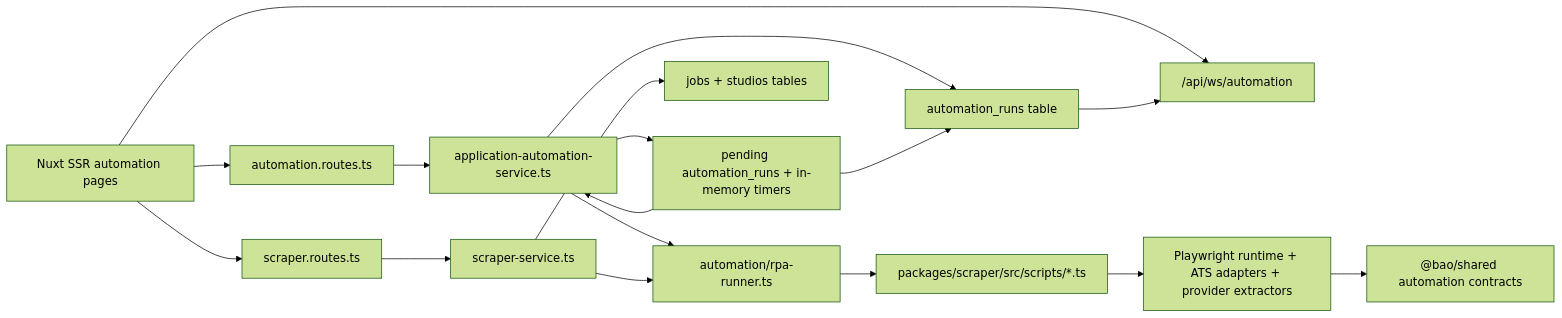
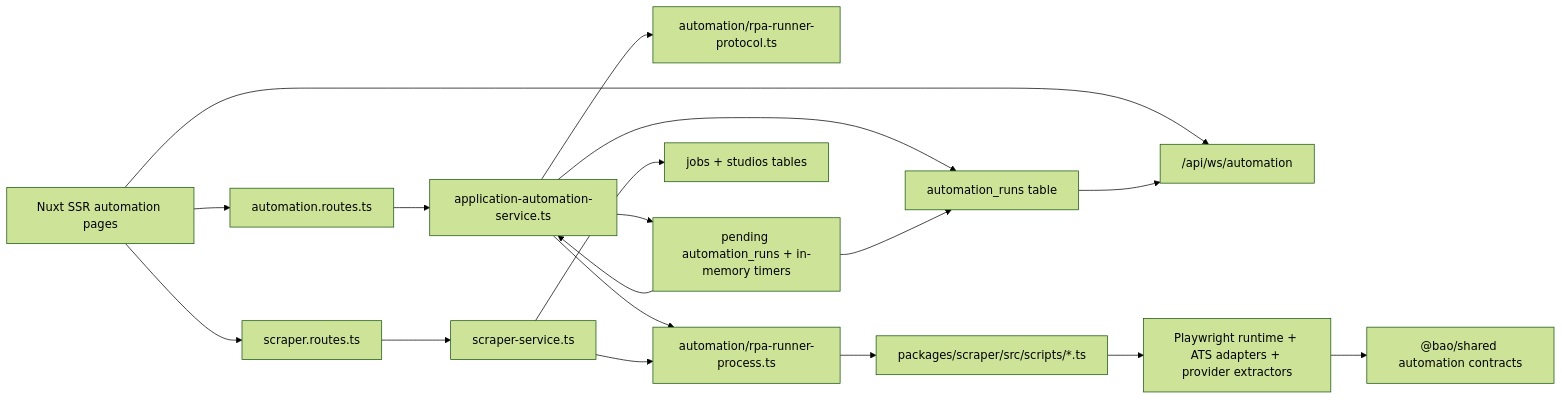
One commit to d4551/baobuildbuddy changed the first of 3 diagrams in docs/AUTOMATION.md. Above: the diagram before and after it, drawn with Mermaid (forest theme). The commit also changed other lines of this file and 1288 other files, not shown here.

````diff
--- a/docs/AUTOMATION.md
+++ b/docs/AUTOMATION.md
@@ -11,19 +11,20 @@
 ```mermaid
 flowchart LR
   UI["Nuxt SSR automation pages"] --> AutomationRoutes["automation.routes.ts"]
   UI --> ScraperRoutes["scraper.routes.ts"]
   UI --> AutomationWs["/api/ws/automation"]
   AutomationRoutes --> Service["application-automation-service.ts"]
   ScraperRoutes --> ScraperService["scraper-service.ts"]
-  Service --> Runner["automation/rpa-runner.ts"]
-  ScraperService --> Runner
-  Runner --> Scripts["packages/scraper/src/scripts/*.ts"]
+  Service --> RunnerProtocol["automation/rpa-runner-protocol.ts"]
+  Service --> RunnerProcess["automation/rpa-runner-process.ts"]
+  ScraperService --> RunnerProcess
+  RunnerProcess --> Scripts["packages/scraper/src/scripts/*.ts"]
   Scripts --> Runtime["Playwright runtime + ATS adapters + provider extractors"]
   Runtime --> Shared["@bao/shared automation contracts"]
   Service --> Scheduler["pending automation_runs + in-memory timers"]
   Service --> Runs["automation_runs table"]
   Scheduler --> Runs
   Scheduler --> Service
   ScraperService --> JobsStudios["jobs + studios tables"]
   Runs --> AutomationWs
 ```
````
